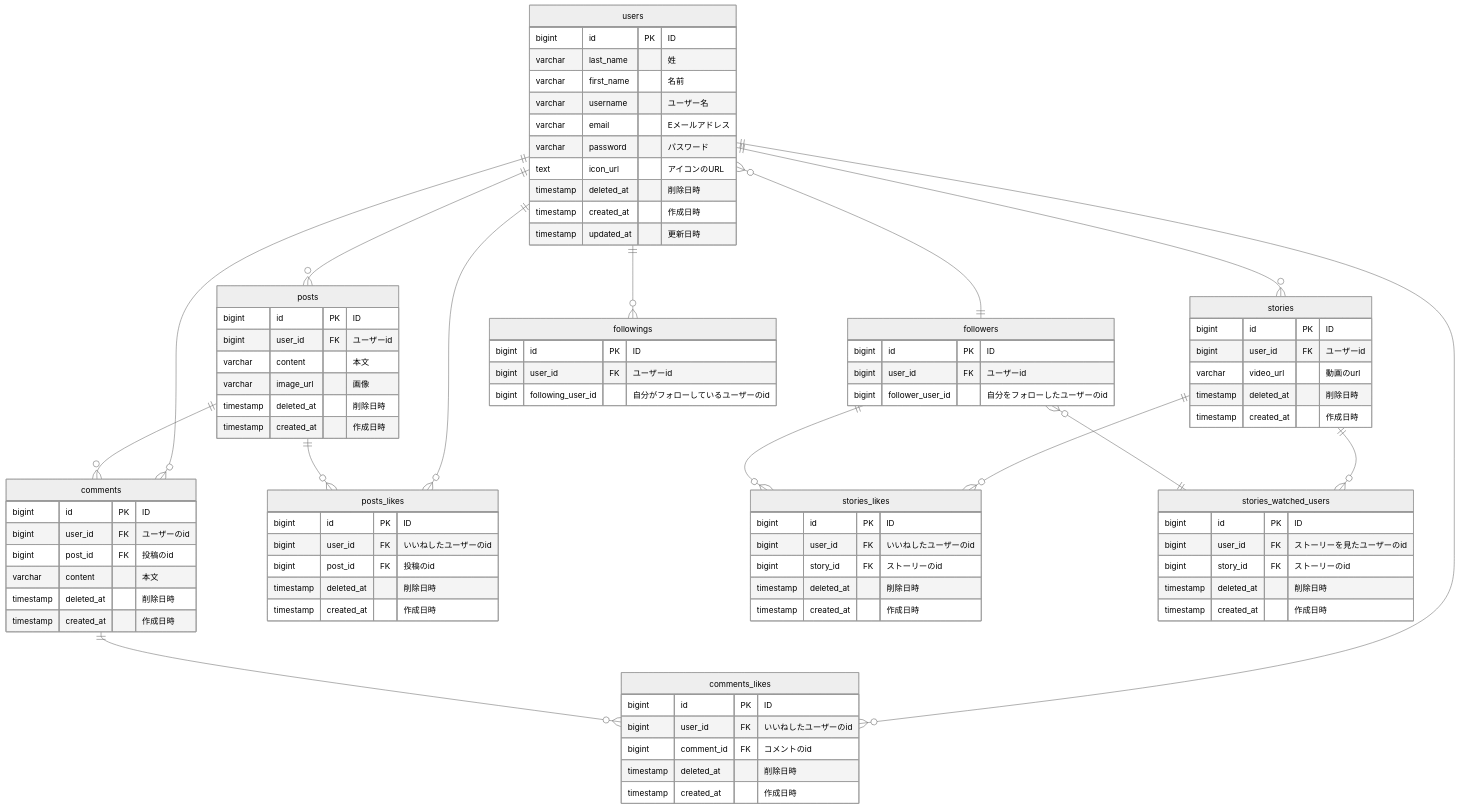
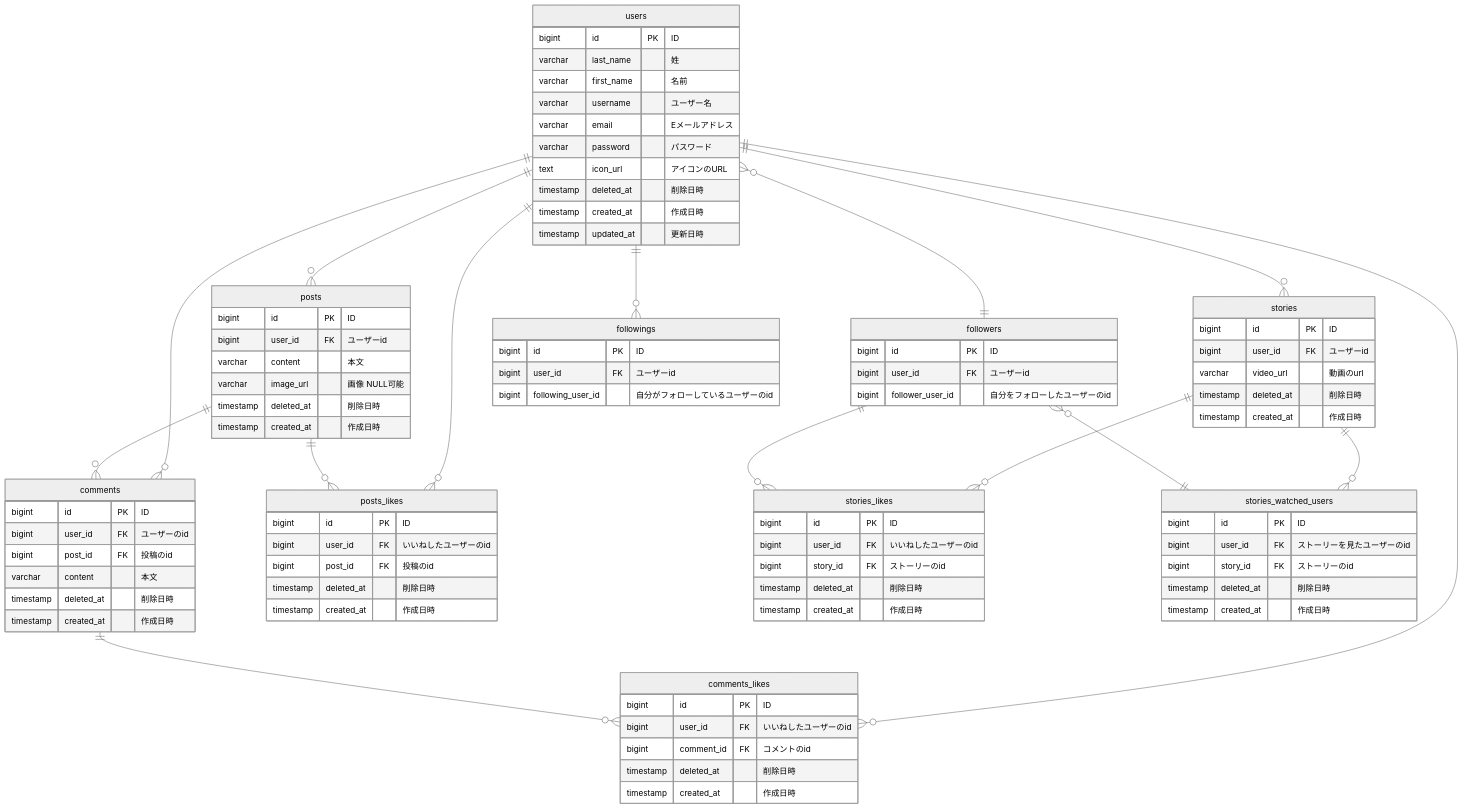
Before and after one commit to StoryEdutech/study_repo: the diagram in kinoshita/pracitce-erd/ER図.md, drawn with Mermaid (neutral theme).

Commit message:
画像をnullも可能にする

```diff
--- a/kinoshita/pracitce-erd/ER図.md
+++ b/kinoshita/pracitce-erd/ER図.md
@@ -48,7 +48,7 @@
       bigint id PK "ID"
       bigint user_id FK "ユーザーid"
       varchar content "本文"
-      varchar image_url "画像"
+      varchar image_url "画像 NULL可能"
       timestamp deleted_at "削除日時"
       timestamp created_at "作成日時"
     }
```
